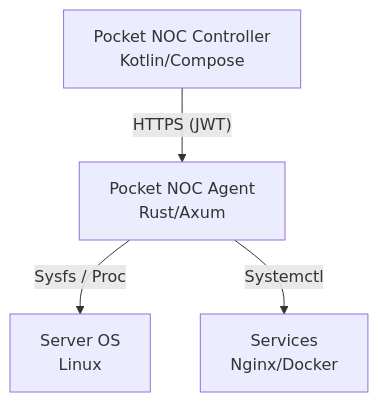
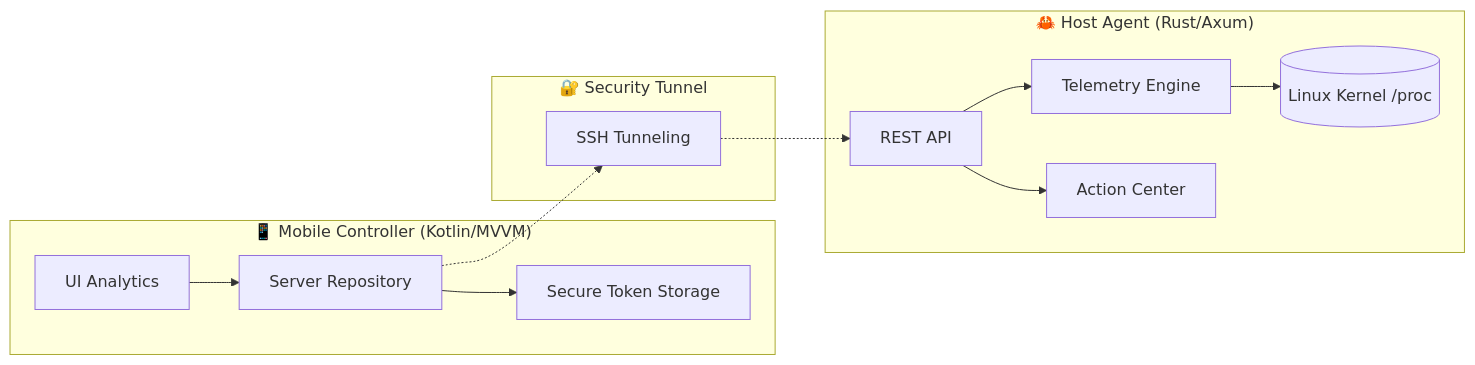
The diagram in README.md (Munique-Feitoza/server-controller), drawn with Mermaid before and after one commit. The commit also changed other lines of this file and 6 other files, not shown here.

````diff
--- a/README.md
+++ b/README.md
@@ -28,6 +25,19 @@
 ```mermaid
-graph TD
-    A[Pocket NOC Controller <br/> Kotlin/Compose] -- "HTTPS (JWT)" --> B[Pocket NOC Agent <br/> Rust/Axum]
-    B -- "Sysfs / Proc" --> C[Server OS <br/> Linux]
-    B -- "Systemctl" --> D[Services <br/> Nginx/Docker]
+graph LR
+    subgraph "📱 Mobile Controller (Kotlin/MVVM)"
+        A[UI Analytics] --> B[Server Repository]
+        B --> C[Secure Token Storage]
+    end
+    
+    subgraph "🔐 Security Tunnel"
+        D[SSH Tunneling]
+    end
+    
+    subgraph "🦀 Host Agent (Rust/Axum)"
+        E[REST API] --> F[Telemetry Engine]
+        F --> G[(Linux Kernel /proc)]
+        E --> H[Action Center]
+    end
+
+    B -.-> D -.-> E
 ```
````
